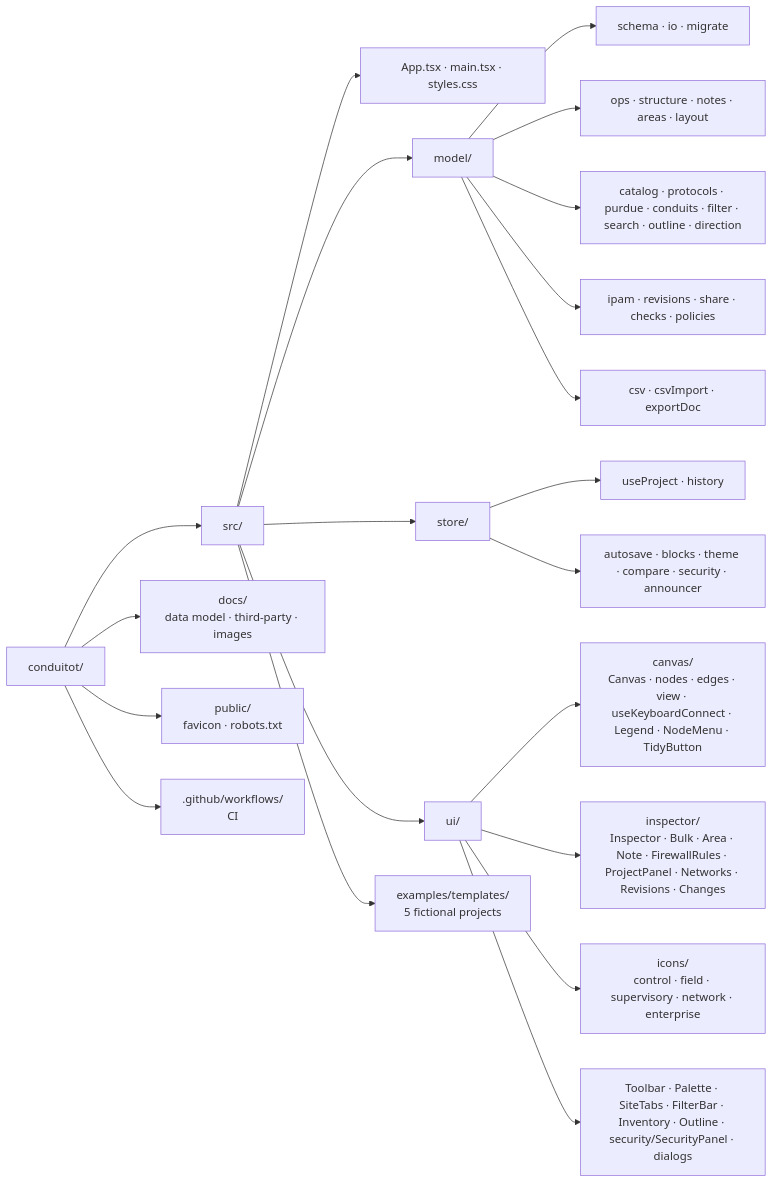
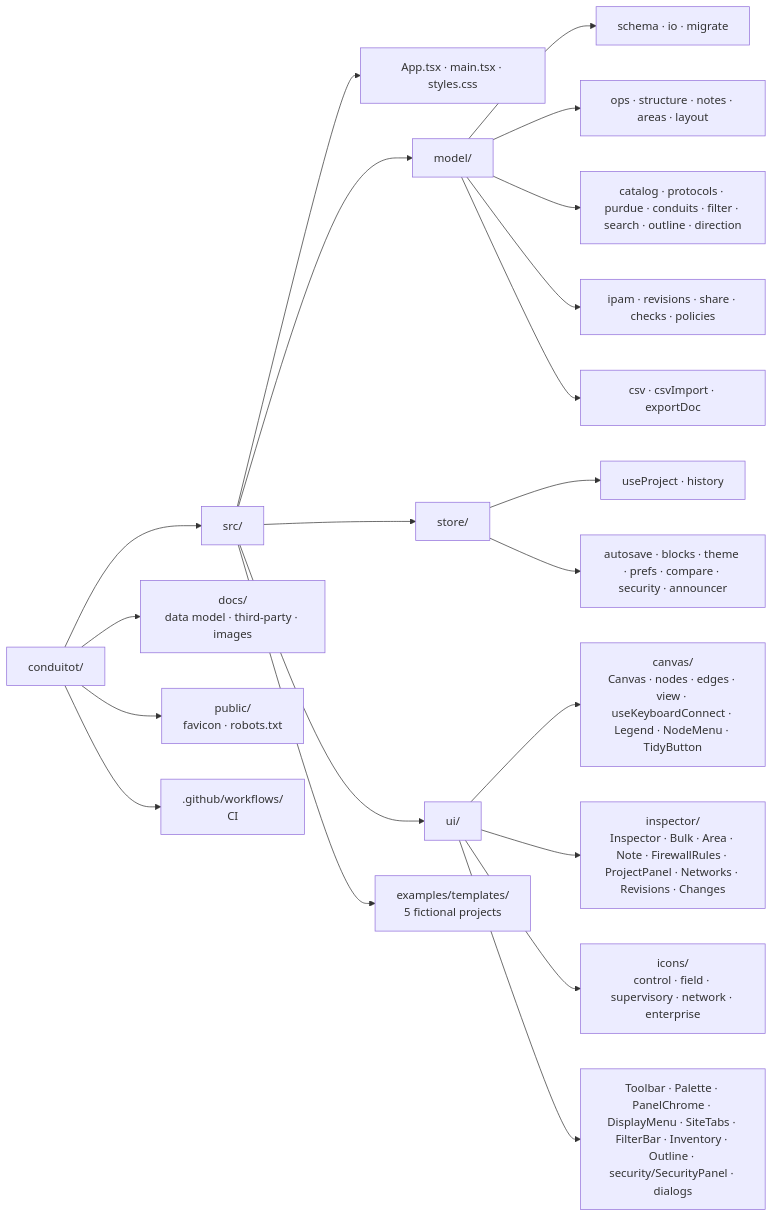
One commit to vijaykumargowdakk/ReSecArc changed the tenth of 32 diagrams in README.md. Above: the diagram before and after it, drawn with Mermaid. The commit also changed other lines of this file and 5 other files, not shown here.

````diff
--- a/README.md
+++ b/README.md
@@ -486,23 +488,23 @@
 ```mermaid
 flowchart LR
     R["conduitot/"] --> SRC["src/"]
     R --> DOCS["docs/<br/>data model · third-party · images"]
     R --> PUB["public/<br/>favicon · robots.txt"]
     R --> GH[".github/workflows/<br/>CI"]
     SRC --> APP["App.tsx · main.tsx · styles.css"]
     SRC --> MODEL["model/"]
     SRC --> STORE["store/"]
     SRC --> UI["ui/"]
     SRC --> EX["examples/templates/<br/>5 fictional projects"]
     MODEL --> MA["schema · io · migrate"]
     MODEL --> MB["ops · structure · notes · areas · layout"]
     MODEL --> MC["catalog · protocols · purdue · conduits · filter · search · outline · direction"]
     MODEL --> MD["ipam · revisions · share · checks · policies"]
     MODEL --> ME["csv · csvImport · exportDoc"]
     STORE --> SA["useProject · history"]
-    STORE --> SB["autosave · blocks · theme · compare · security · announcer"]
+    STORE --> SB["autosave · blocks · theme · prefs · compare · security · announcer"]
     UI --> UA["canvas/<br/>Canvas · nodes · edges · view · useKeyboardConnect · Legend · NodeMenu · TidyButton"]
     UI --> UB["inspector/<br/>Inspector · Bulk · Area · Note · FirewallRules · ProjectPanel · Networks · Revisions · Changes"]
     UI --> UC["icons/<br/>control · field · supervisory · network · enterprise"]
-    UI --> UD["Toolbar · Palette · SiteTabs · FilterBar · Inventory · Outline · security/SecurityPanel · dialogs"]
+    UI --> UD["Toolbar · Palette · PanelChrome · DisplayMenu · SiteTabs · FilterBar · Inventory · Outline · security/SecurityPanel · dialogs"]
 ```
````
